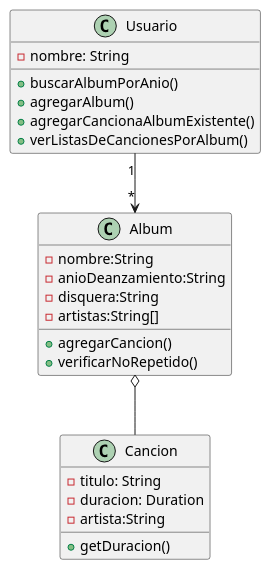
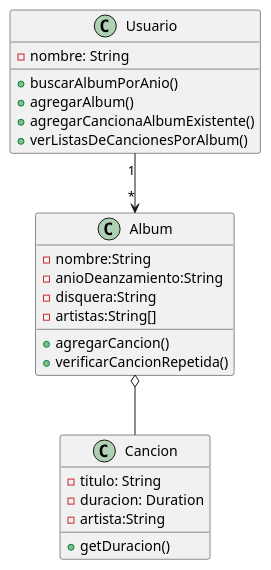
The diagram in src/tarea5.puml (cristian-sangucho-a/task5-ISW633-demoapp-album-spiders), drawn with PlantUML before and after one commit. The commit also changed 2 other files, not shown here.

```diff
--- a/src/tarea5.puml
+++ b/src/tarea5.puml
@@ -1,33 +1,33 @@
 @startuml
 'https://plantuml.com/class-diagram
 
 class Usuario {
 -nombre: String
 +buscarAlbumPorAnio()
 +agregarAlbum()
 +agregarCancionaAlbumExistente()
 +verListasDeCancionesPorAlbum()
 
 }
 class Album {
 -nombre:String
 -anioDeanzamiento:String
 -disquera:String
 -artistas:String[]
 +agregarCancion()
-+verificarNoRepetido()
++verificarCancionRepetida()
 }
 class Cancion {
 -titulo: String
 -duracion: Duration
 -artista:String
 +getDuracion()
 
 }
 
 Usuario "1" --> "*" Album
 Album  o--  Cancion
 
 
 
 @enduml
```
